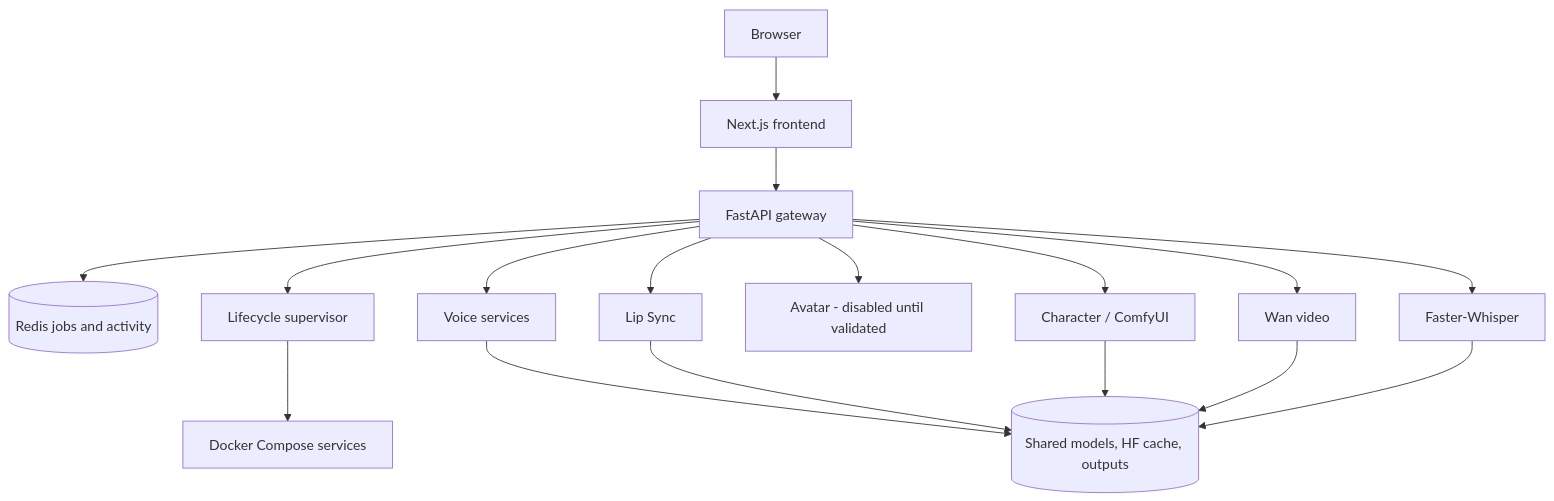
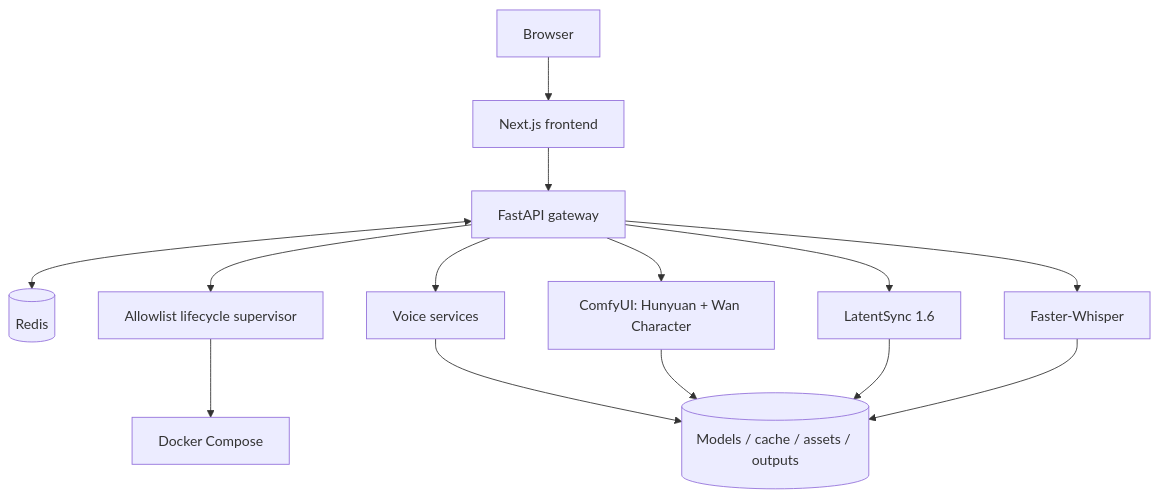
One commit to AlirezaAlampour/neonforge changed the diagram in README.md. Above: the diagram before and after it, drawn with Mermaid. The commit also changed other lines of this file and 50 other files, not shown here.

````diff
--- a/README.md
+++ b/README.md
@@ -34,15 +68,13 @@
 ```mermaid
 flowchart TD
     Browser --> Frontend[Next.js frontend]
     Frontend --> Gateway[FastAPI gateway]
-    Gateway --> Redis[(Redis jobs and activity)]
-    Gateway --> Supervisor[Lifecycle supervisor]
+    Gateway <--> Redis[(Redis)]
+    Gateway --> Supervisor[Allowlist lifecycle supervisor]
+    Supervisor --> Compose[Docker Compose]
     Gateway --> Voice[Voice services]
-    Gateway --> Lip[Lip Sync]
-    Gateway --> Avatar[Avatar - disabled until validated]
-    Gateway --> Character[Character / ComfyUI]
-    Gateway --> Video[Wan video]
+    Gateway --> Comfy[ComfyUI: Hunyuan + Wan Character]
+    Gateway --> Lip[LatentSync 1.6]
     Gateway --> Whisper[Faster-Whisper]
-    Voice & Lip & Character & Video & Whisper --> Shared[(Shared models, HF cache, outputs)]
-    Supervisor --> Docker[Docker Compose services]
+    Voice & Comfy & Lip & Whisper --> Shared[(Models / cache / assets / outputs)]
 ```
````
